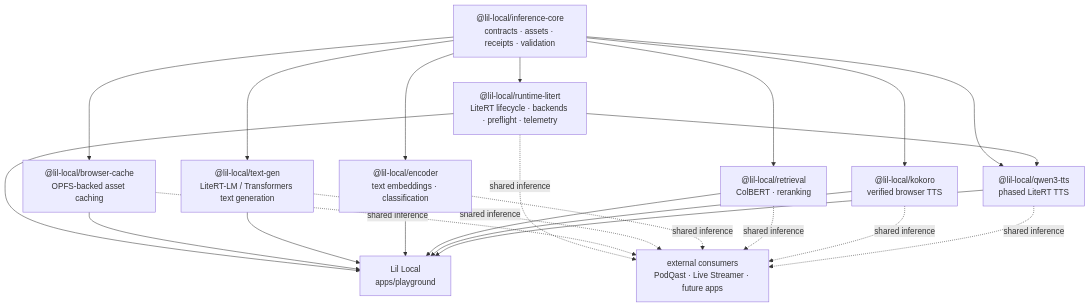
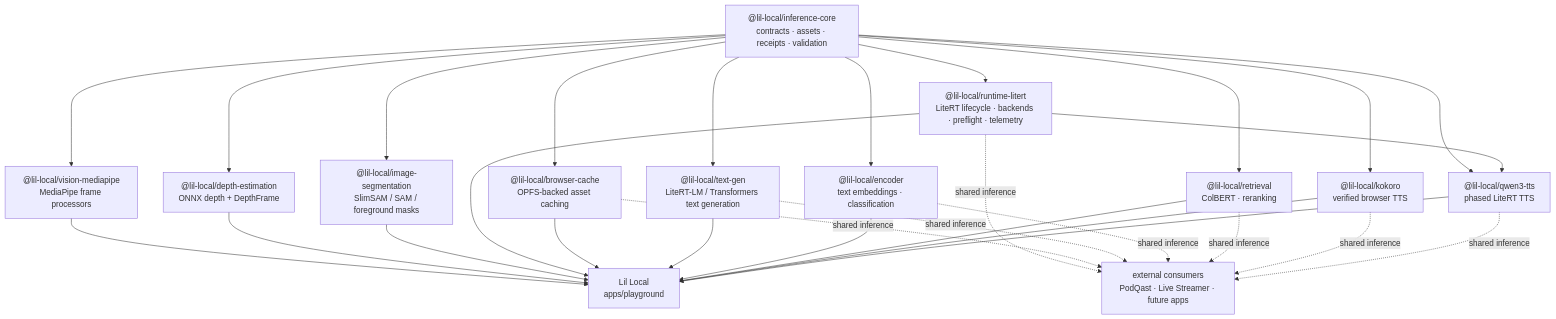
Before and after one commit to myrqyry/lil-local: the diagram in README.md, drawn with Mermaid. The commit also changed other lines of this file and 5 other files, not shown here.

First line of the commit message:
docs: refresh Lil Local guides after mainline consolidation

````diff
--- a/README.md
+++ b/README.md
@@ -205,38 +247,47 @@
 ```mermaid
 flowchart TD
     core["@lil-local/inference-core\ncontracts · assets · receipts · validation"]
     runtime["@lil-local/runtime-litert\nLiteRT lifecycle · backends · preflight · telemetry"]
     cache["@lil-local/browser-cache\nOPFS-backed asset caching"]
     text["@lil-local/text-gen\nLiteRT-LM / Transformers text generation"]
     encoder["@lil-local/encoder\ntext embeddings · classification"]
     retrieval["@lil-local/retrieval\nColBERT · reranking"]
     kokoro["@lil-local/kokoro\nverified browser TTS"]
     qwen["@lil-local/qwen3-tts\nphased LiteRT TTS"]
+    vision["@lil-local/vision-mediapipe\nMediaPipe frame processors"]
+    depth["@lil-local/depth-estimation\nONNX depth + DepthFrame"]
+    masks["@lil-local/image-segmentation\nSlimSAM / SAM / foreground masks"]
     playground["Lil Local\napps/playground"]
     consumers["external consumers\nPodQast · Live Streamer · future apps"]
 
     core --> runtime
     core --> cache
     core --> text
     core --> encoder
     core --> retrieval
     core --> kokoro
     core --> qwen
+    core --> vision
+    core --> depth
+    core --> masks
     runtime --> qwen
 
+    vision --> playground
+    depth --> playground
+    masks --> playground
     runtime --> playground
     cache --> playground
     text --> playground
     encoder --> playground
     retrieval --> playground
     kokoro --> playground
     qwen --> playground
 
     runtime -. shared inference .-> consumers
     cache -. shared inference .-> consumers
     text -. shared inference .-> consumers
     encoder -. shared inference .-> consumers
     retrieval -. shared inference .-> consumers
     kokoro -. shared inference .-> consumers
     qwen -. shared inference .-> consumers
 ```
````
